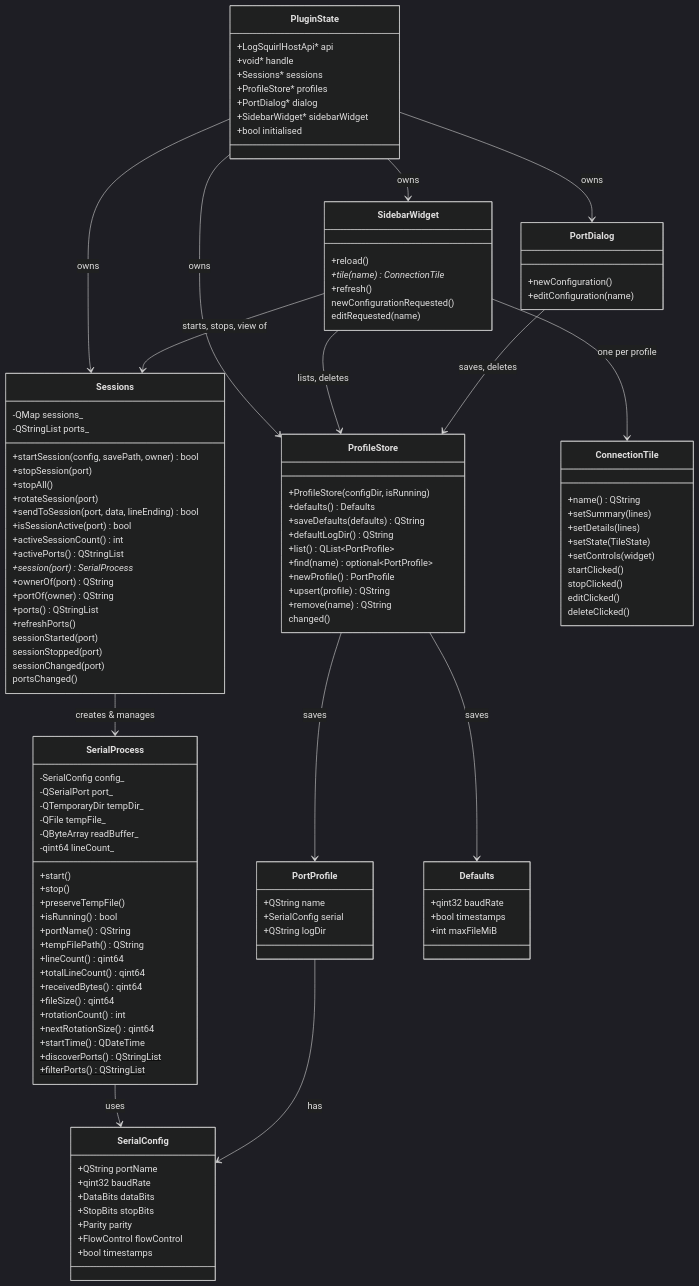
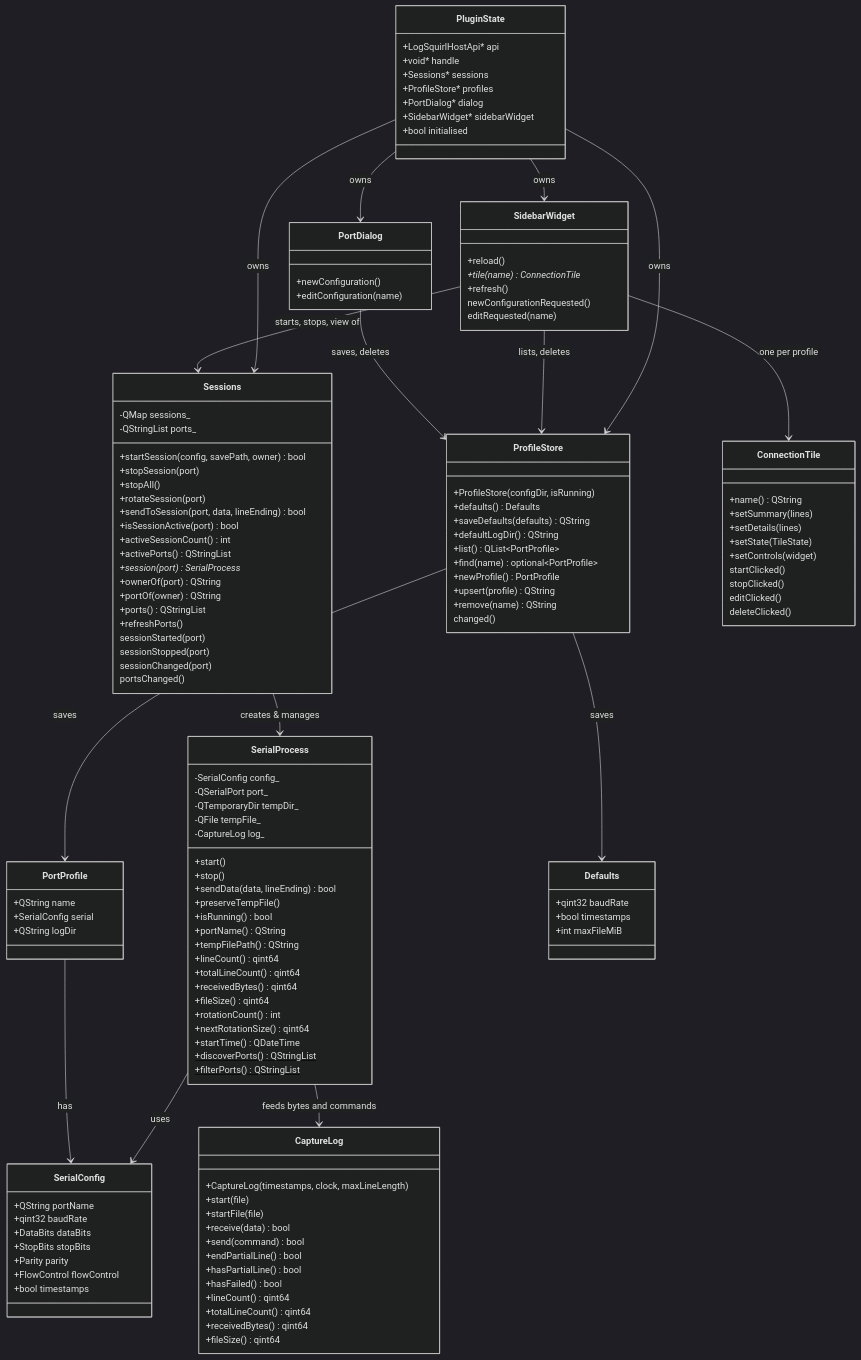
Before and after one commit to 64x-lunicorn/LogSquirl-Serial: the second of 2 diagrams in docs/DEVELOPER_GUIDE.md, drawn with Mermaid (dark theme). The commit also changed other lines of this file and 11 other files, not shown here.

First line of the commit message:
Move line assembly, [TX] interleaving and counters into a CaptureLog (#58)

```diff
--- a/docs/DEVELOPER_GUIDE.md
+++ b/docs/DEVELOPER_GUIDE.md
@@ -89,10 +89,10 @@
         -QSerialPort port_
         -QTemporaryDir tempDir_
         -QFile tempFile_
-        -QByteArray readBuffer_
-        -qint64 lineCount_
+        -CaptureLog log_
         +start()
         +stop()
+        +sendData(data, lineEnding) bool
         +preserveTempFile()
         +isRunning() bool
         +portName() QString
@@ -106,6 +106,21 @@
         +startTime() QDateTime
         +discoverPorts()$ QStringList
         +filterPorts()$ QStringList
+    }
+
+    class CaptureLog {
+        +CaptureLog(timestamps, clock, maxLineLength)
+        +start(file)
+        +startFile(file)
+        +receive(data) bool
+        +send(command) bool
+        +endPartialLine() bool
+        +hasPartialLine() bool
+        +hasFailed() bool
+        +lineCount() qint64
+        +totalLineCount() qint64
+        +receivedBytes() qint64
+        +fileSize() qint64
     }
 
     class Sessions {
@@ -189,6 +204,7 @@
     SidebarWidget --> ConnectionTile : one per profile
     SidebarWidget --> Sessions : starts, stops, view of
     SerialProcess --> SerialConfig : uses
+    SerialProcess --> CaptureLog : feeds bytes and commands
     PluginState --> Sessions : owns
     PluginState --> ProfileStore : owns
     PluginState --> PortDialog : owns
```
